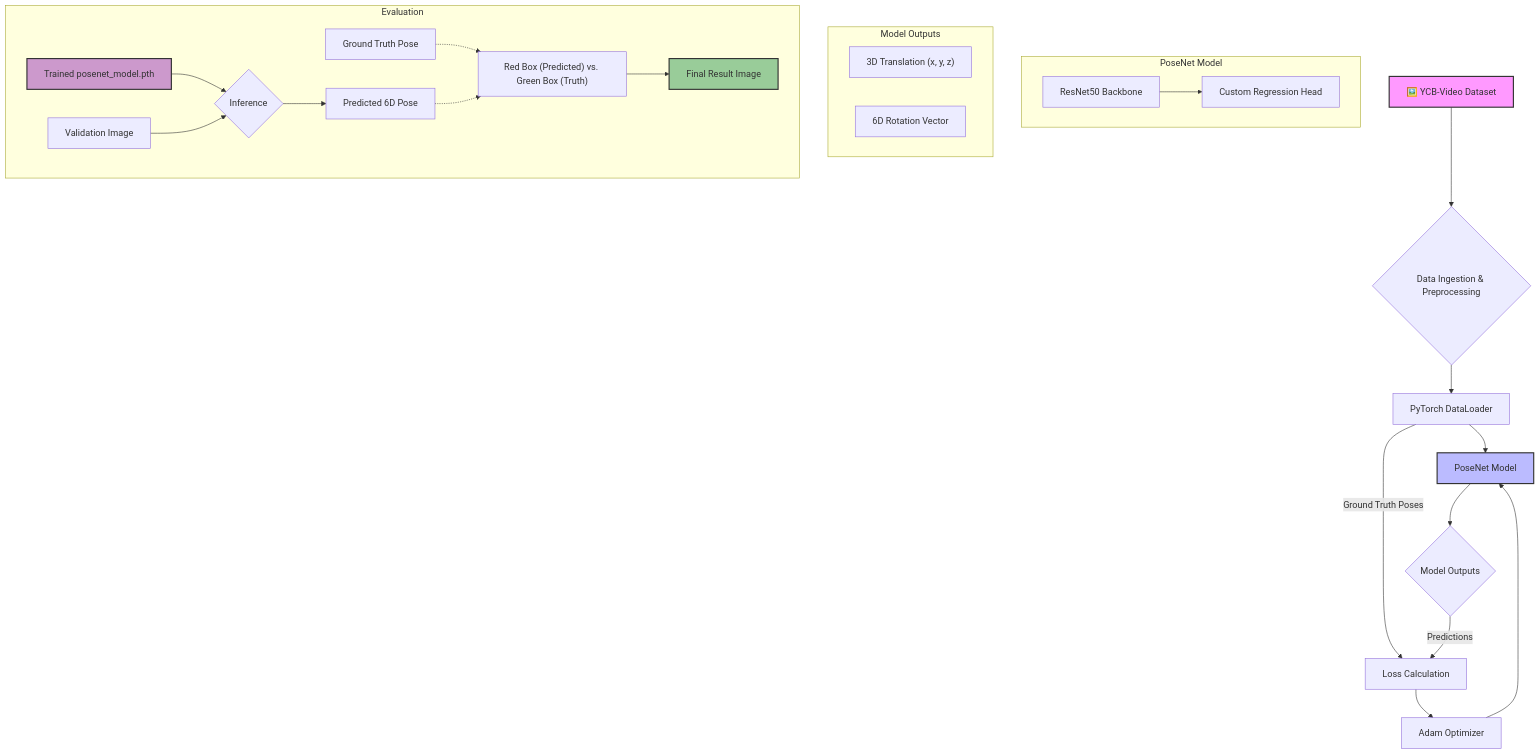
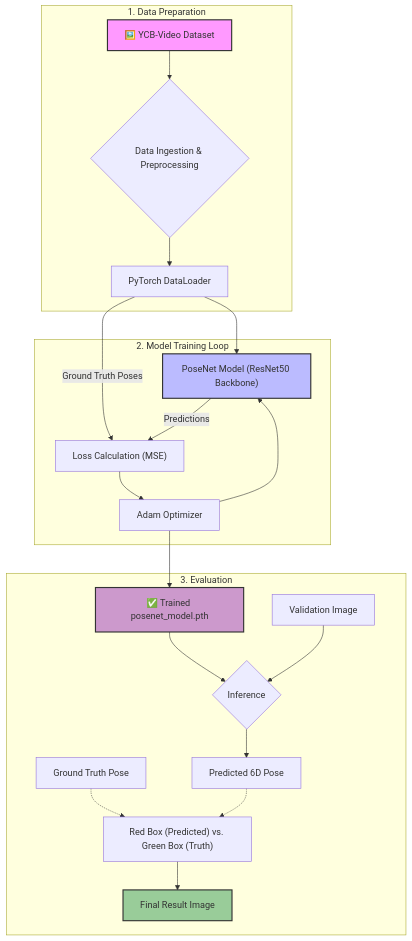
The diagram in README.md (vidyacheekuri/Robotic_Item_Picking), drawn with Mermaid before and after one commit.

Commit message:
new changes

````diff
--- a/README.md
+++ b/README.md
@@ -106,34 +106,31 @@
 ```mermaid
 graph TD
-    A["🖼️ YCB-Video Dataset"] --> B{"Data Ingestion & Preprocessing"};
-    B --> C["PyTorch DataLoader"];
-    C --> D["PoseNet Model"];
-    subgraph PoseNet Model
-        D1["ResNet50 Backbone"];
-        D2["Custom Regression Head"];
-        D1 --> D2;
+    subgraph "1. Data Preparation"
+        A["🖼️ YCB-Video Dataset"] --> B{"Data Ingestion & Preprocessing"};
+        B --> C["PyTorch DataLoader"];
     end
-    D --> E{"Model Outputs"};
-    subgraph Model Outputs
-        E1["3D Translation (x, y, z)"];
-        E2["6D Rotation Vector"];
+
+    subgraph "2. Model Training Loop"
+        C --> D["PoseNet Model (ResNet50 Backbone)"];
+        C -- "Ground Truth Poses" --> F["Loss Calculation (MSE)"];
+        D -- "Predictions" --> F;
+        F --> G["Adam Optimizer"];
+        G --> D;
     end
-    C -- "Ground Truth Poses" --> F["Loss Calculation"];
-    E -- "Predictions" --> F;
-    F --> G["Adam Optimizer"];
-    G --> D;
 
-    subgraph Evaluation
-        H["Trained posenet_model.pth"] --> I{"Inference"};
+    subgraph "3. Evaluation"
+        G --> H["✅ Trained posenet_model.pth"];
+        H --> I{"Inference"};
         J["Validation Image"] --> I;
         I --> K["Predicted 6D Pose"];
         L["Ground Truth Pose"] -.-> M{"Visualization"};
         K -.-> M;
         M["Red Box (Predicted) vs. Green Box (Truth)"] --> N["Final Result Image"];
     end
 
     style A fill:#f9f,stroke:#333,stroke-width:2px
     style D fill:#bbf,stroke:#333,stroke-width:2px
     style H fill:#c9c,stroke:#333,stroke-width:2px
     style N fill:#9c9,stroke:#333,stroke-width:2px
+
 ```
````
